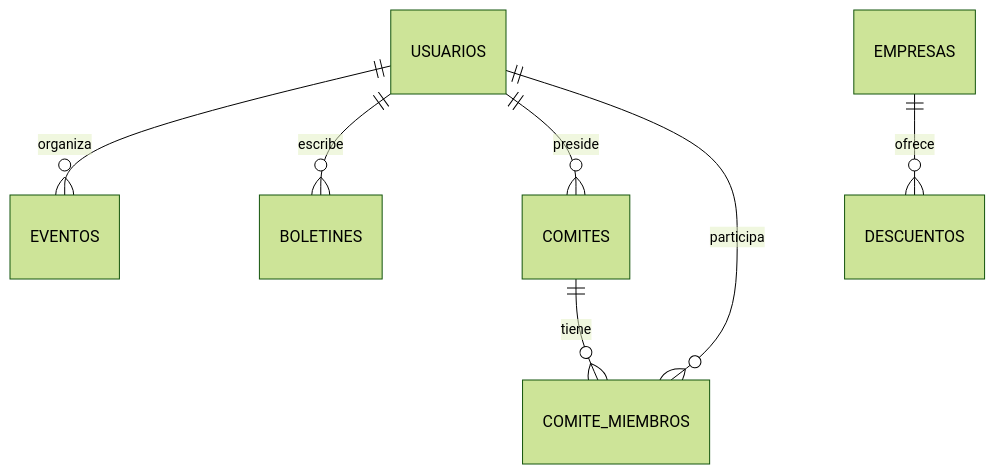
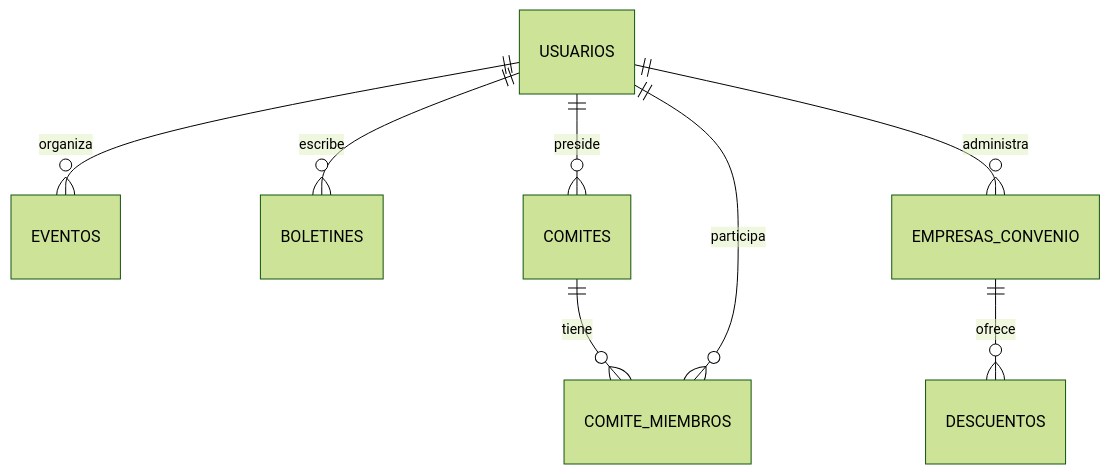
Before and after one commit to FernandoT8rres/Cluster: the second of 4 diagrams in build/SYSTEM_ARCHITECTURE.md, drawn with Mermaid (forest theme). The commit also changed other lines of this file and 175 other files, not shown here.

````diff
--- a/build/SYSTEM_ARCHITECTURE.md
+++ b/build/SYSTEM_ARCHITECTURE.md
@@ -293,9 +293,10 @@
 ```mermaid
 erDiagram
     USUARIOS ||--o{ EVENTOS : organiza
     USUARIOS ||--o{ BOLETINES : escribe
     USUARIOS ||--o{ COMITES : preside
-    EMPRESAS ||--o{ DESCUENTOS : ofrece
+    USUARIOS ||--o{ EMPRESAS_CONVENIO : administra
+    EMPRESAS_CONVENIO ||--o{ DESCUENTOS : ofrece
     COMITES ||--o{ COMITE_MIEMBROS : tiene
     USUARIOS ||--o{ COMITE_MIEMBROS : participa
 ```
````
